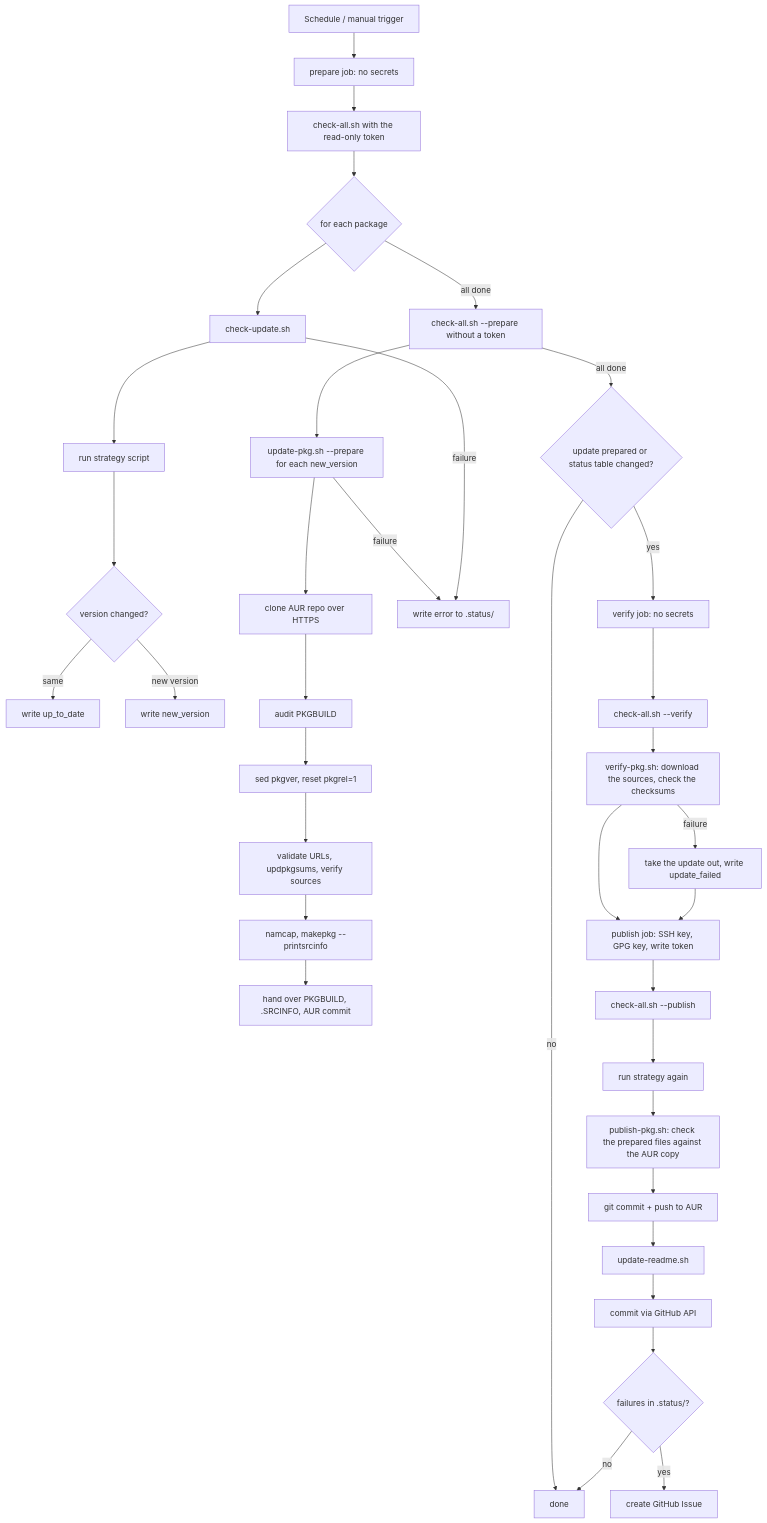
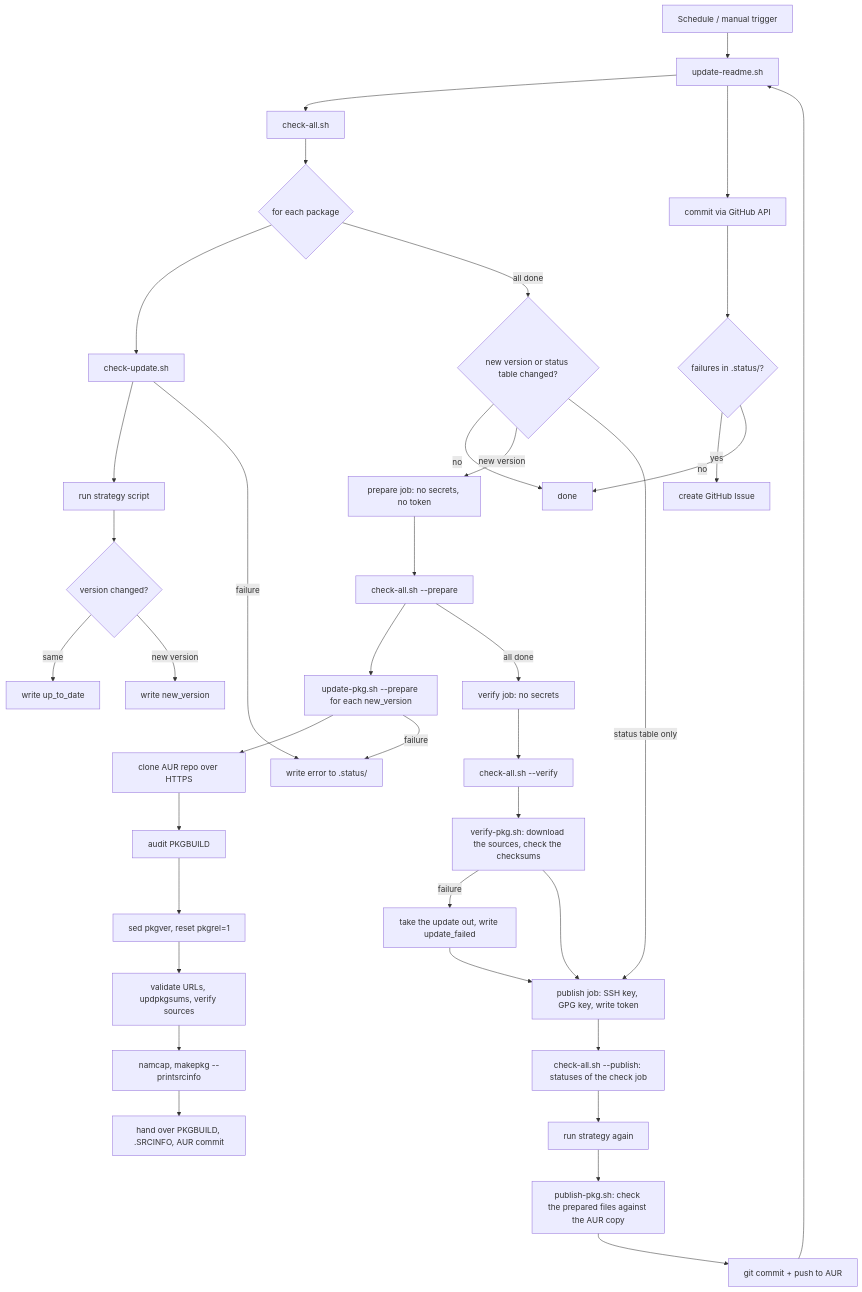
Before and after one commit to noctuum/sibyl: the diagram in docs/WORKFLOW.md, drawn with Mermaid. The commit also changed other lines of this file and 5 other files, not shown here.

Commit message:
fix(workflow): decide the run in a check job (#35)

````diff
--- a/docs/WORKFLOW.md
+++ b/docs/WORKFLOW.md
@@ -20,38 +20,40 @@
 ```mermaid
 flowchart TD
-    A[Schedule / manual trigger] --> P[prepare job: no secrets]
-    P --> B[check-all.sh with the read-only token]
+    A[Schedule / manual trigger] --> K[check job: read-only token, no PKGBUILD]
+    K --> B[check-all.sh]
     B --> C{for each package}
     C --> D[check-update.sh]
     D --> E[run strategy script]
     E --> F{version changed?}
     F -->|same| G[write up_to_date]
     F -->|new version| G2[write new_version]
-    C -->|all done| B2[check-all.sh --prepare without a token]
+    C -->|all done| W{new version or status table changed?}
+    W -->|no| O[done]
+    W -->|new version| P[prepare job: no secrets, no token]
+    W -->|status table only| Q
+    P --> B2[check-all.sh --prepare]
     B2 --> H[update-pkg.sh --prepare for each new_version]
     H --> H1[clone AUR repo over HTTPS]
     H1 --> H2[audit PKGBUILD]
     H2 --> H3[sed pkgver, reset pkgrel=1]
     H3 --> H4[validate URLs, updpkgsums, verify sources]
     H4 --> H5[namcap, makepkg --printsrcinfo]
     H5 --> H6[hand over PKGBUILD, .SRCINFO, AUR commit]
     H -->|failure| J[write error to .status/]
     D -->|failure| J
-    B2 -->|all done| W{update prepared or status table changed?}
-    W -->|no| O[done]
-    W -->|yes| V[verify job: no secrets]
+    B2 -->|all done| V[verify job: no secrets]
     V --> V1[check-all.sh --verify]
     V1 --> V2[verify-pkg.sh: download the sources, check the checksums]
     V2 -->|failure| V3[take the update out, write update_failed]
     V2 --> Q[publish job: SSH key, GPG key, write token]
     V3 --> Q
-    Q --> R[check-all.sh --publish]
+    Q --> R[check-all.sh --publish: statuses of the check job]
     R --> R1[run strategy again]
     R1 --> R2[publish-pkg.sh: check the prepared files against the AUR copy]
     R2 --> R3[git commit + push to AUR]
     R3 --> K[update-readme.sh]
     K --> L[commit via GitHub API]
     L --> M{failures in .status/?}
     M -->|yes| N[create GitHub Issue]
     M -->|no| O
 ```
````
